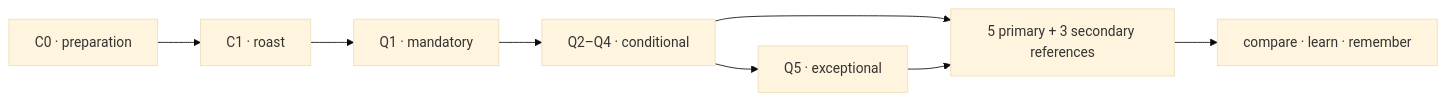
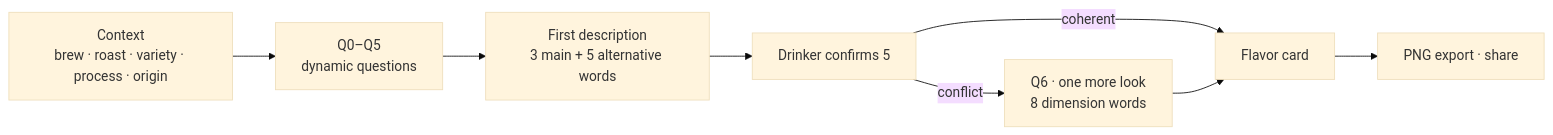
One commit to dpan538/coffee-flavor-research changed the first of 2 diagrams in README.md. Above: the diagram before and after it, drawn with Mermaid (base theme). The commit also changed other lines of this file and 24 other files, not shown here.

````diff
--- a/README.md
+++ b/README.md
@@ -50,10 +77,10 @@
 ```mermaid
 flowchart LR
-    C0["C0 · preparation"] --> C1["C1 · roast"]
-    C1 --> Q1["Q1 · mandatory"]
-    Q1 --> Q24["Q2–Q4 · conditional"]
-    Q24 --> Q5["Q5 · exceptional"]
-    Q24 --> R["5 primary + 3 secondary references"]
-    Q5 --> R
-    R --> L["compare · learn · remember"]
+    C["Context\nbrew · roast · variety · process · origin"] --> Q["Q0–Q5\ndynamic questions"]
+    Q --> D["First description\n3 main + 5 alternative words"]
+    D --> P["Drinker confirms 5"]
+    P -->|coherent| F["Flavor card"]
+    P -->|conflict| Q6["Q6 · one more look\n8 dimension words"]
+    Q6 --> F
+    F --> X["PNG export · share"]
 ```
````
